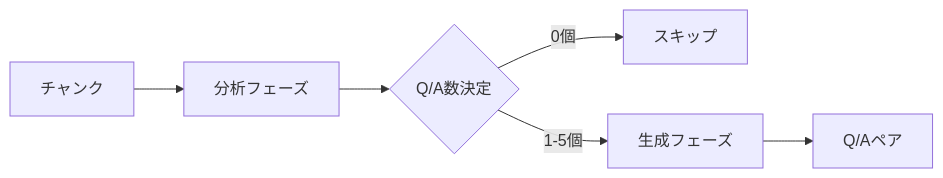
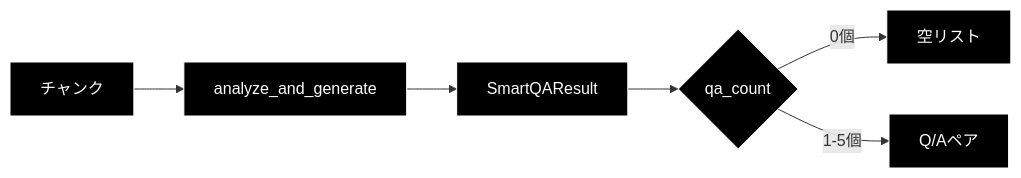
One commit to nakashima2toshio/anthropic_grace_agent_v2 changed the first of 6 diagrams in qa_generation/doc/smart_qa_generator.md. Above: the diagram before and after it, drawn with Mermaid. The commit also changed other lines of this file and 14 other files, not shown here.

````diff
--- a/qa_generation/doc/smart_qa_generator.md
+++ b/qa_generation/doc/smart_qa_generator.md
@@ -64,8 +68,11 @@
 ```mermaid
 graph LR
-    A[チャンク] --> B[分析フェーズ]
-    B --> C{Q/A数決定}
-    C -->|0個| D[スキップ]
-    C -->|1-5個| E[生成フェーズ]
-    E --> F[Q/Aペア]
+    A[チャンク] --> B[analyze_and_generate]
+    B --> C[SmartQAResult]
+    C --> D{qa_count}
+    D -->|0個| E[空リスト]
+    D -->|1-5個| F[Q/Aペア]
+classDef default fill:#000,stroke:#fff,color:#fff
+classDef subgraphStyle fill:#1a1a1a,stroke:#fff,color:#fff
+class A,B,C,D,E,F default
 ```
````
